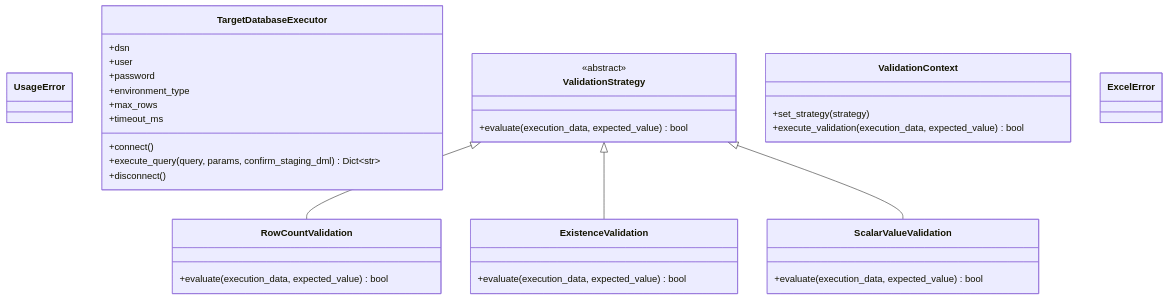
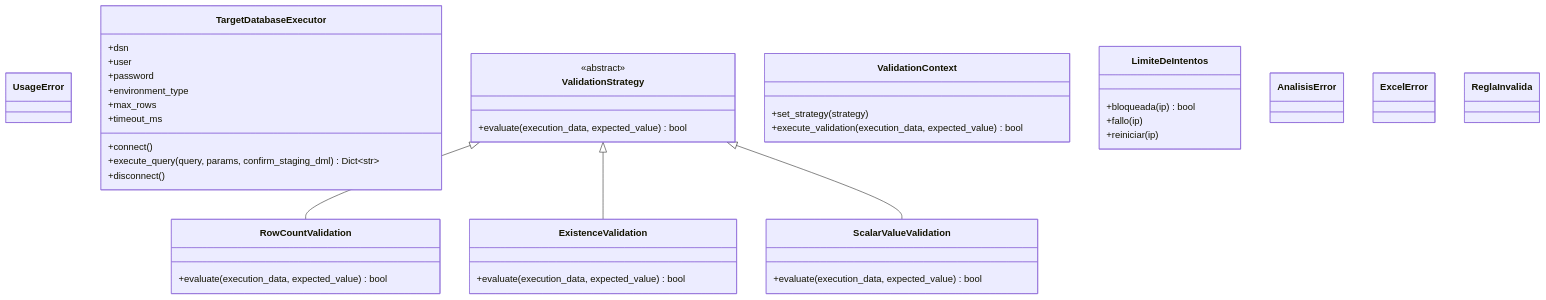
Before and after one commit to Ssjkvinf/si783-grupo4-docs: the diagram in framework-pruebas-sql/docs/diagramas/clases.mermaid, drawn with Mermaid. The commit also changed 98 other files, not shown here.

```diff
--- a/framework-pruebas-sql/docs/diagramas/clases.mermaid
+++ b/framework-pruebas-sql/docs/diagramas/clases.mermaid
@@ -1,38 +1,47 @@
 %% GENERADO por scripts/docs/gen_docs.py. No editar a mano.
 %% Clases del motor de ejecución, la seguridad y los servicios (app/engine, app/security, app/services, app/core)
 classDiagram
     class UsageError {
     }
     class TargetDatabaseExecutor {
         +dsn
         +user
         +password
         +environment_type
         +max_rows
         +timeout_ms
         +connect()
         +execute_query(query, params, confirm_staging_dml) Dict~str~
         +disconnect()
     }
     class ValidationStrategy {
         <<abstract>>
         +evaluate(execution_data, expected_value) bool
     }
     class RowCountValidation {
         +evaluate(execution_data, expected_value) bool
     }
     class ExistenceValidation {
         +evaluate(execution_data, expected_value) bool
     }
     class ValidationContext {
         +set_strategy(strategy)
         +execute_validation(execution_data, expected_value) bool
     }
     class ScalarValueValidation {
         +evaluate(execution_data, expected_value) bool
     }
+    class LimiteDeIntentos {
+        +bloqueada(ip) bool
+        +fallo(ip)
+        +reiniciar(ip)
+    }
+    class AnalisisError {
+    }
     class ExcelError {
+    }
+    class ReglaInvalida {
     }
     ValidationStrategy <|-- RowCountValidation
     ValidationStrategy <|-- ExistenceValidation
     ValidationStrategy <|-- ScalarValueValidation
```
